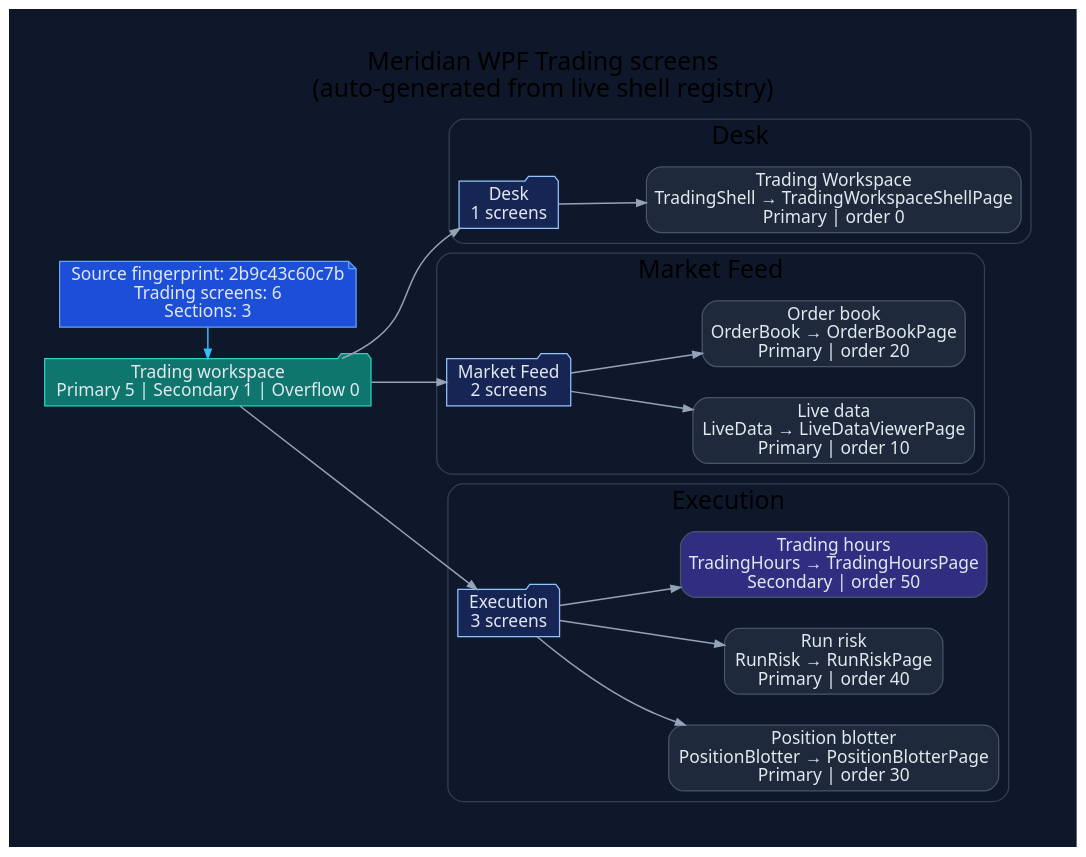
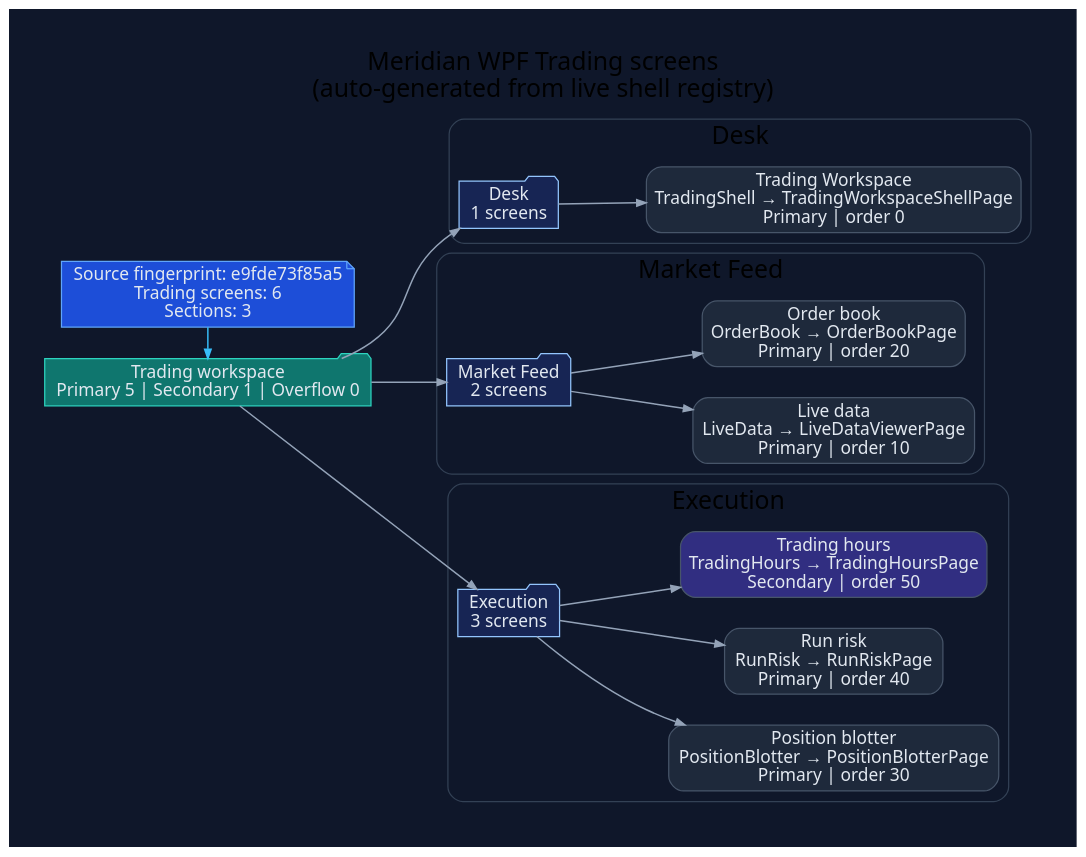
Before and after one commit to rodoHasArrived/Meridian-main: the diagram in docs/diagrams/ui/ui-wpf-screens-trading.dot, drawn with Graphviz. The commit also changed 69 other files, not shown here.

Commit message:
Reject mixed close versions and refresh generated schema evidence

```diff
--- a/docs/diagrams/ui/ui-wpf-screens-trading.dot
+++ b/docs/diagrams/ui/ui-wpf-screens-trading.dot
@@ -1,62 +1,62 @@
 // -----------------------------------------------------------------------------
 // <auto-generated>
 // Generated by scripts/generate-diagrams.mjs.
 // Do not edit this file directly; update the WPF source files instead.
 // -----------------------------------------------------------------------------
 digraph WpfTradingScreens {
   graph [
     rankdir=LR,
     labelloc=t,
     label="Meridian WPF Trading screens\n(auto-generated from live shell registry)",
     fontname="Segoe UI",
     fontsize=20,
     pad=0.4,
     nodesep=0.35,
     ranksep=0.85,
     bgcolor="#0f172a"
   ];
   node [fontname="Segoe UI", shape=box, style="rounded,filled", color="#475569", fontcolor="#e2e8f0", fillcolor="#1e293b"];
   edge [fontname="Segoe UI", color="#94a3b8", penwidth=1.2, arrowsize=0.75];
 
-  generated [shape=note, fillcolor="#1d4ed8", color="#60a5fa", label="Source fingerprint: 2b9c43c60c7b\nTrading screens: 6\nSections: 3"];
+  generated [shape=note, fillcolor="#1d4ed8", color="#60a5fa", label="Source fingerprint: e9fde73f85a5\nTrading screens: 6\nSections: 3"];
   workspace [shape=folder, fillcolor="#0f766e", color="#2dd4bf", label="Trading workspace\nPrimary 5 | Secondary 1 | Overflow 0"];
   generated -> workspace [color="#38bdf8"];
 
   subgraph cluster_section_1 {
     label="Desk";
     color="#334155";
     style="rounded";
     section_1 [shape=folder, fillcolor="#172554", color="#93c5fd", label="Desk\n1 screens"];
     workspace -> section_1;
     screen_TradingShell [fillcolor="#1e293b", label="Trading Workspace\nTradingShell → TradingWorkspaceShellPage\nPrimary | order 0"];
     section_1 -> screen_TradingShell;
   }
 
   subgraph cluster_section_2 {
     label="Market Feed";
     color="#334155";
     style="rounded";
     section_2 [shape=folder, fillcolor="#172554", color="#93c5fd", label="Market Feed\n2 screens"];
     workspace -> section_2;
     screen_LiveData [fillcolor="#1e293b", label="Live data\nLiveData → LiveDataViewerPage\nPrimary | order 10"];
     section_2 -> screen_LiveData;
     screen_OrderBook [fillcolor="#1e293b", label="Order book\nOrderBook → OrderBookPage\nPrimary | order 20"];
     section_2 -> screen_OrderBook;
   }
 
   subgraph cluster_section_3 {
     label="Execution";
     color="#334155";
     style="rounded";
     section_3 [shape=folder, fillcolor="#172554", color="#93c5fd", label="Execution\n3 screens"];
     workspace -> section_3;
     screen_PositionBlotter [fillcolor="#1e293b", label="Position blotter\nPositionBlotter → PositionBlotterPage\nPrimary | order 30"];
     section_3 -> screen_PositionBlotter;
     screen_RunRisk [fillcolor="#1e293b", label="Run risk\nRunRisk → RunRiskPage\nPrimary | order 40"];
     section_3 -> screen_RunRisk;
     screen_TradingHours [fillcolor="#312e81", label="Trading hours\nTradingHours → TradingHoursPage\nSecondary | order 50"];
     section_3 -> screen_TradingHours;
   }
 
   { rank=min; generated; workspace; }
 }
```
